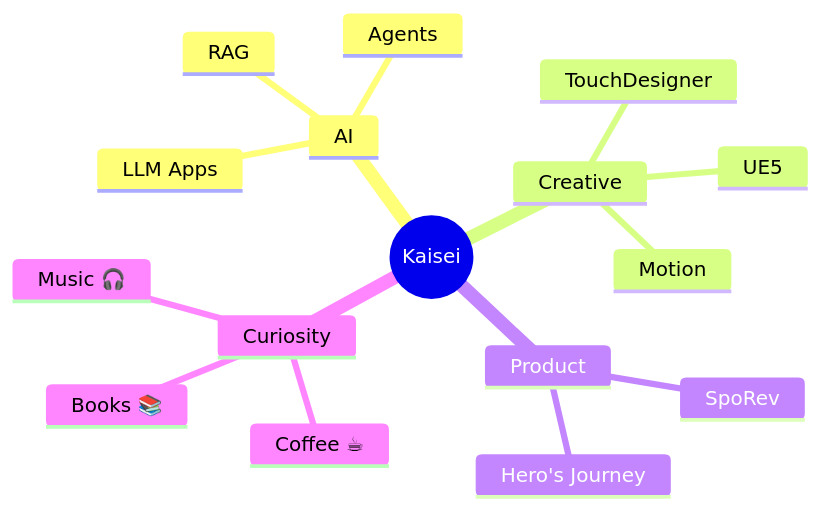
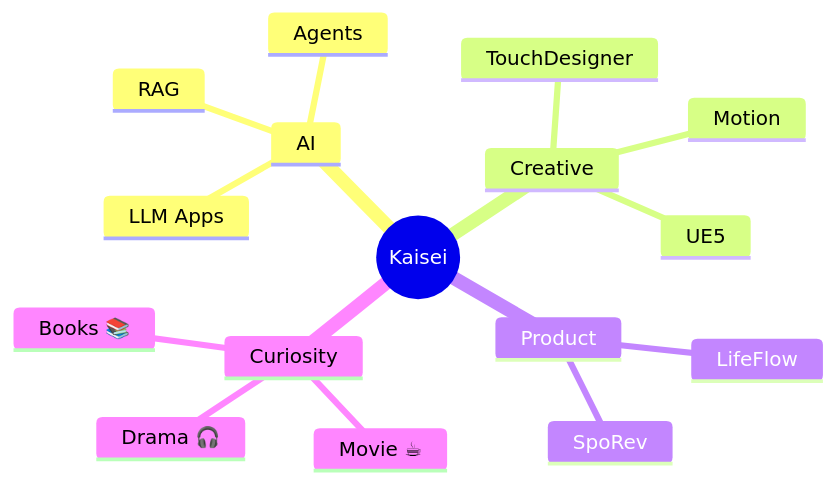
One commit to ohtakaisei/ohtakaisei changed the diagram in README.md. Above: the diagram before and after it, drawn with Mermaid. The commit also changed other lines of this file, not shown here.

````diff
--- a/README.md
+++ b/README.md
@@ -117,19 +117,19 @@
 ```mermaid
 mindmap
   root((Kaisei))
     AI
       RAG
       Agents
       LLM Apps
     Creative
       TouchDesigner
       UE5
       Motion
     Product
       SpoRev
-      Hero's Journey
+      LifeFlow
     Curiosity
-      Coffee ☕
-      Music 🎧
+      Movie ☕
+      Drama 🎧
       Books 📚
 ```
````
